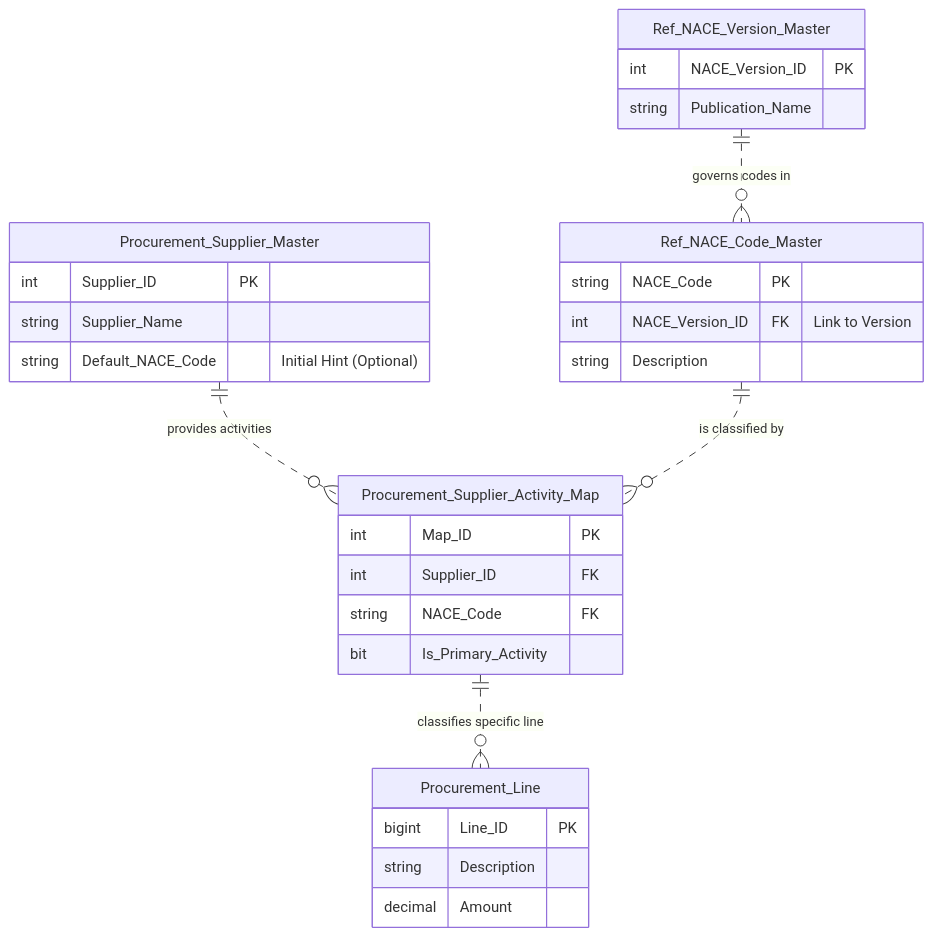
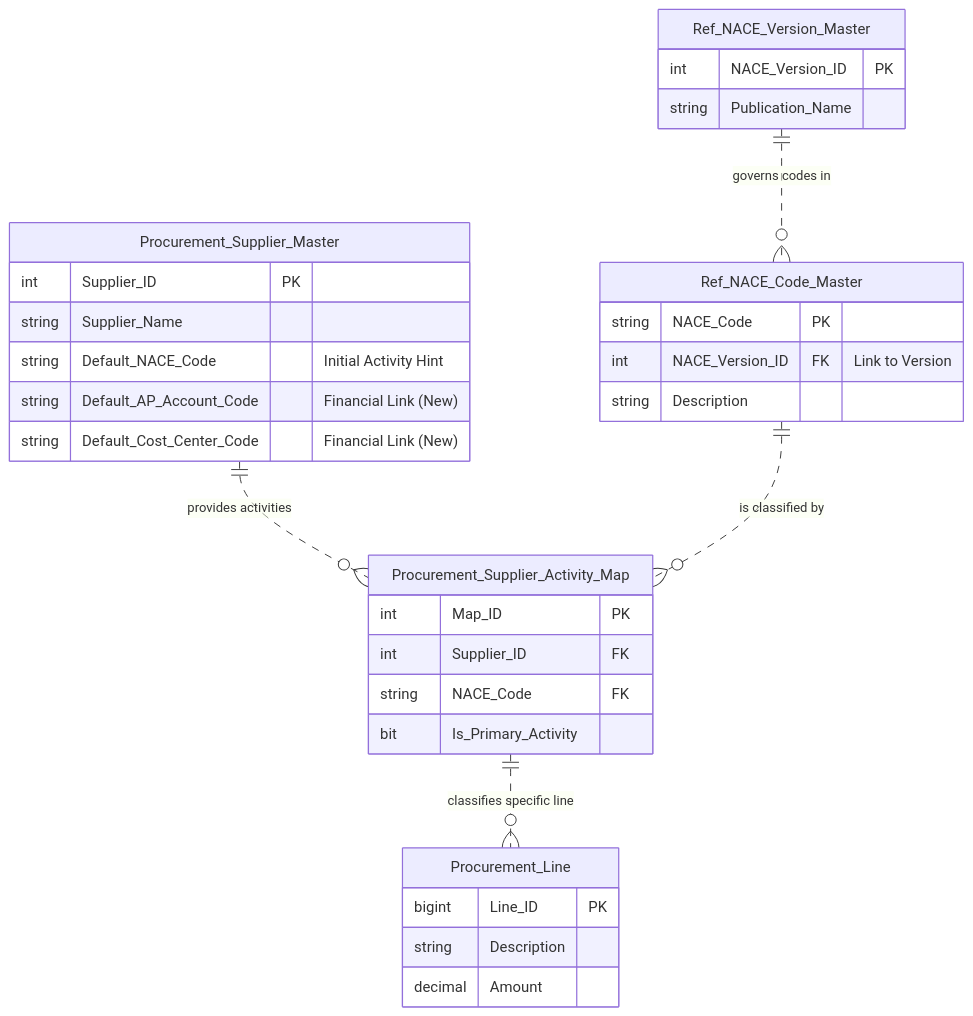
One commit to NeilWP/SUSTINA_CAB changed the diagram in 003 DETAILED SPECIFICATIONS IS09001/Z- Data Entites/Z-04 Procurement_Supplier_Master.md. Above: the diagram before and after it, drawn with Mermaid.

Commit message:
Update Z-04 Procurement_Supplier_Master.md

````diff
--- a/003 DETAILED SPECIFICATIONS IS09001/Z- Data Entites/Z-04 Procurement_Supplier_Master.md
+++ b/003 DETAILED SPECIFICATIONS IS09001/Z- Data Entites/Z-04 Procurement_Supplier_Master.md
@@ -12,56 +12,58 @@
 ```mermaid
 erDiagram
     %% ==========================================
-    %% 1. SUPPLIER MASTER DATA
+    %% 1. SUPPLIER MASTER DATA (Financial Hub)
     %% ==========================================
     Procurement_Supplier_Master {
         int Supplier_ID PK
         string Supplier_Name
-        string Default_NACE_Code "Initial Hint (Optional)"
+        string Default_NACE_Code "Initial Activity Hint"
+        string Default_AP_Account_Code "Financial Link (New)"
+        string Default_Cost_Center_Code "Financial Link (New)"
     }
 
     %% ==========================================
     %% 2. NACE CLASSIFICATION & VERSION
     %% ==========================================
     Ref_NACE_Code_Master {
         string NACE_Code PK
         int NACE_Version_ID FK "Link to Version"
         string Description
     }
     
     Ref_NACE_Version_Master {
         int NACE_Version_ID PK
         string Publication_Name
     }
 
     %% ==========================================
-    %% 3. JUNCTION TABLE (The Many-to-Many Link)
+    %% 3. JUNCTION TABLE (Activity Map)
     %% ==========================================
     Procurement_Supplier_Activity_Map {
         int Map_ID PK
         int Supplier_ID FK
         string NACE_Code FK
         bit Is_Primary_Activity
     }
     
     %% The Transactional Link
     Procurement_Line {
         bigint Line_ID PK
         string Description
         decimal Amount
     }
 
     %% ==========================================
     %% RELATIONSHIPS
     %% ==========================================
     
-    %% A. NACE Version Control (One Version to Many Codes)
+    %% A. NACE Version Control 
     Ref_NACE_Version_Master ||..o{ Ref_NACE_Code_Master : "governs codes in"
     
     %% B. The Many-to-Many Association
     Procurement_Supplier_Master ||..o{ Procurement_Supplier_Activity_Map : "provides activities"
     Ref_NACE_Code_Master ||..o{ Procurement_Supplier_Activity_Map : "is classified by"
     
     %% C. Transactional Flow (The Actual Sale/Purchase)
     Procurement_Supplier_Activity_Map ||..o{ Procurement_Line : "classifies specific line"
 ```
````
